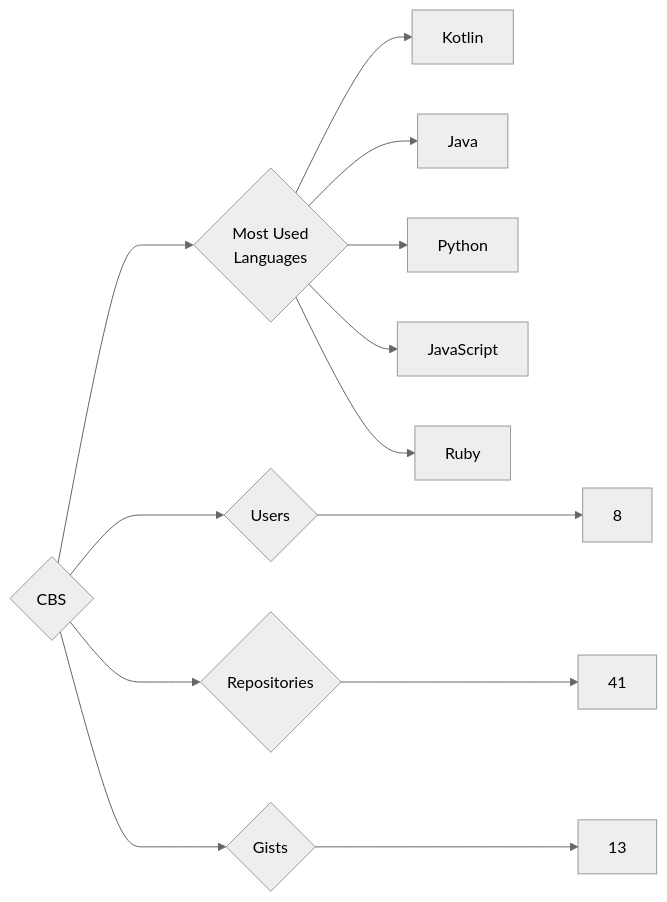
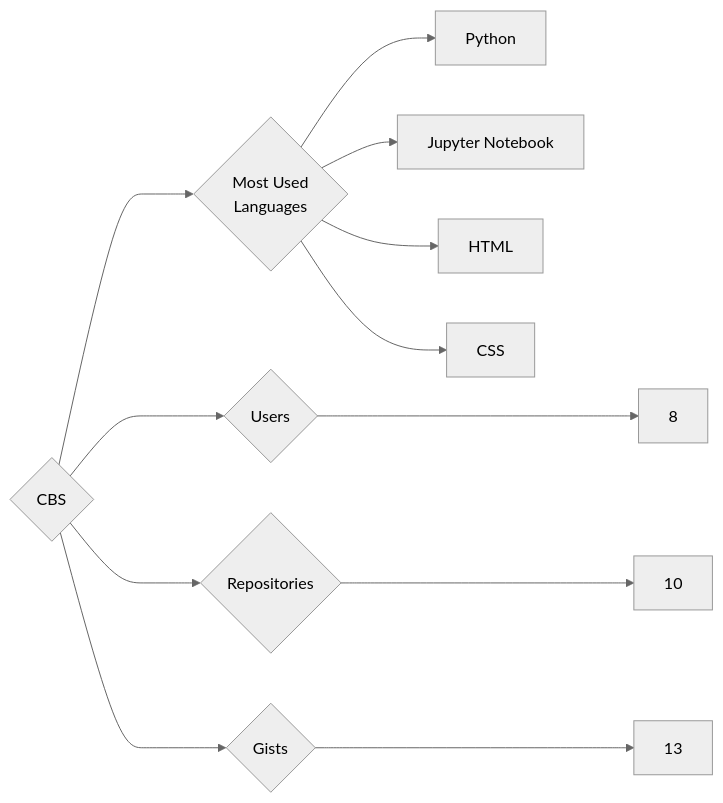
The diagram in targets/CBS/README.md (trickest/insiders), drawn with Mermaid (neutral theme) before and after one commit. The commit also changed 895 other files, not shown here.

````diff
--- a/targets/CBS/README.md
+++ b/targets/CBS/README.md
@@ -3,13 +3,12 @@
 ```mermaid
 graph LR
 COMPANY_NAME{CBS}
 COMPANY_NAME ---> U{Users} ---> UN[8]
-COMPANY_NAME ---> R{Repositories} ---> RN[41]
+COMPANY_NAME ---> R{Repositories} ---> RN[10]
 COMPANY_NAME ---> G{Gists} ---> GN[13]
 COMPANY_NAME ---> ML{Most Used<br>Languages}
-ML --> Kotlin[Kotlin]
-ML --> Java[Java]
 ML --> Python[Python]
-ML --> JavaScript[JavaScript]
-ML --> Ruby[Ruby]
+ML --> Jupyter_Notebook[Jupyter Notebook]
+ML --> HTML[HTML]
+ML --> CSS[CSS]
 ```
````
